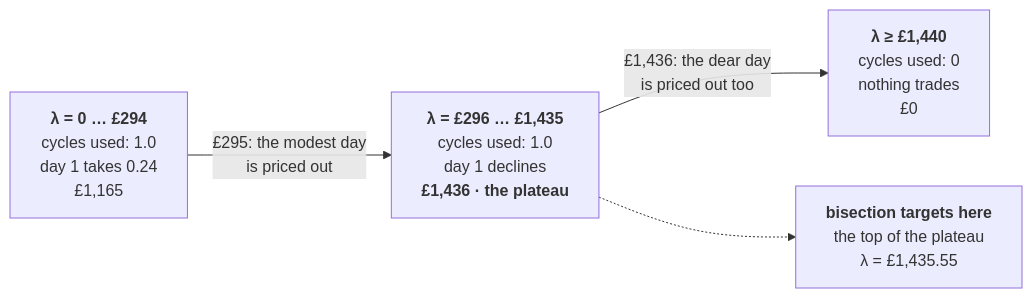
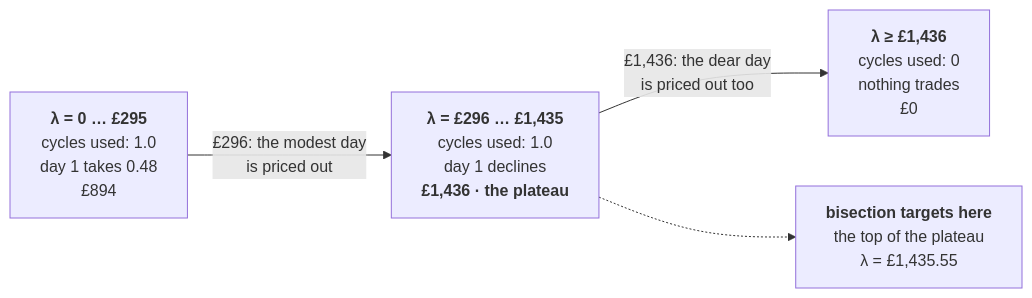
One commit to GuilhermePFM/BatteryCase changed the diagram in docs/bisection.md. Above: the diagram before and after it, drawn with Mermaid. The commit also changed other lines of this file and 15 other files, not shown here.

````diff
--- a/docs/bisection.md
+++ b/docs/bisection.md
@@ -55,11 +55,11 @@
 ```mermaid
 flowchart LR
-    Z["<b>λ = 0 … £294</b><br/>cycles used: 1.0<br/>day 1 takes 0.24<br/>£1,165"]
+    Z["<b>λ = 0 … £295</b><br/>cycles used: 1.0<br/>day 1 takes 0.48<br/>£894"]
     M["<b>λ = £296 … £1,435</b><br/>cycles used: 1.0<br/>day 1 declines<br/><b>£1,436 · the plateau</b>"]
-    H["<b>λ ≥ £1,440</b><br/>cycles used: 0<br/>nothing trades<br/>£0"]
+    H["<b>λ ≥ £1,436</b><br/>cycles used: 0<br/>nothing trades<br/>£0"]
 
-    Z -->|"£295: the modest day<br/>is priced out"| M
+    Z -->|"£296: the modest day<br/>is priced out"| M
     M -->|"£1,436: the dear day<br/>is priced out too"| H
 
     M -.-> T["<b>bisection targets here</b><br/>the top of the plateau<br/>λ = £1,435.55"]
 ```
````
